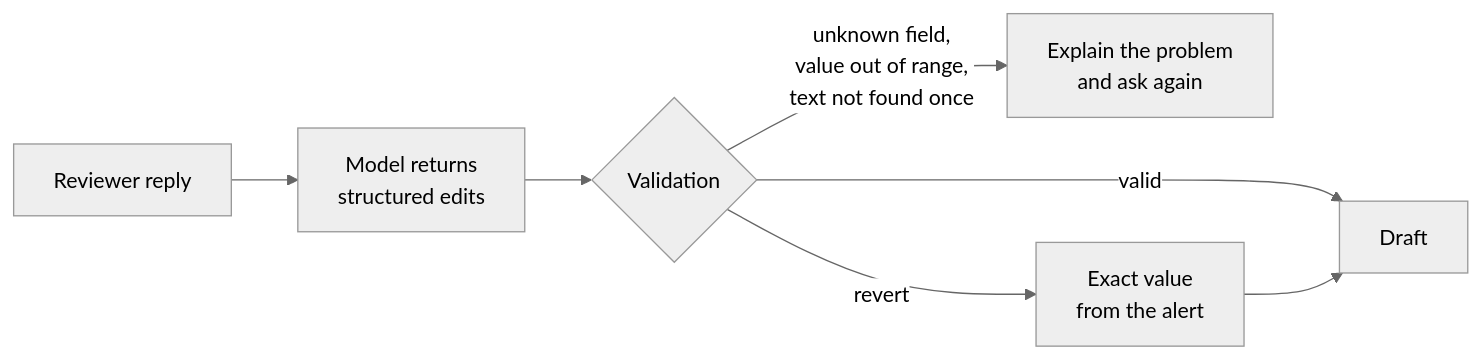
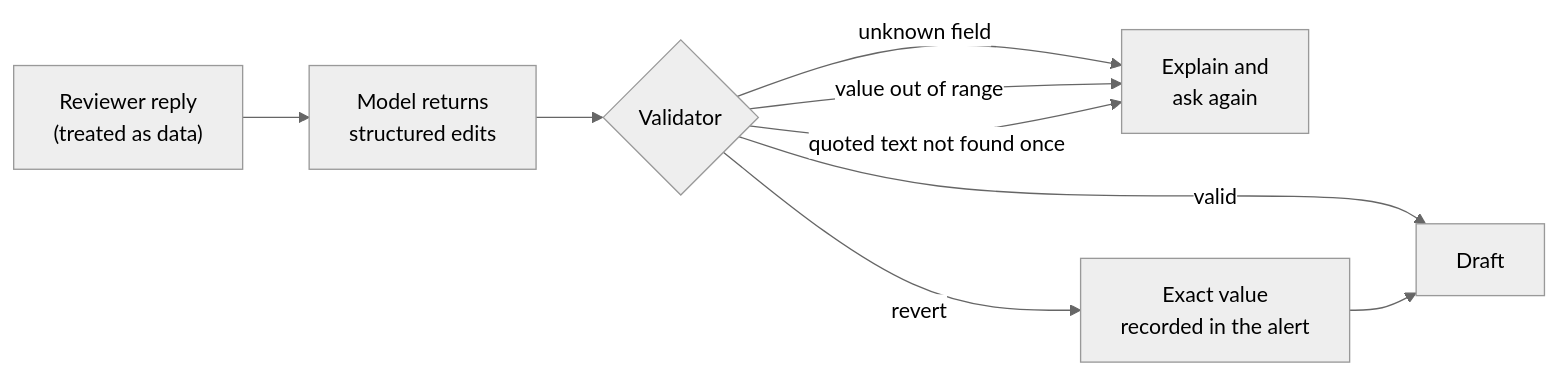
The second of 3 diagrams in README.md (Sp1deyGen/vertexAIMonitor), drawn with Mermaid (neutral theme) before and after one commit. The commit also changed other lines of this file, not shown here.

````diff
--- a/README.md
+++ b/README.md
@@ -61,9 +87,11 @@
 ```mermaid
 flowchart LR
-    R["Reviewer reply"] --> M["Model returns<br/>structured edits"]
-    M --> V{"Validation"}
-    V -- "unknown field,<br/>value out of range,<br/>text not found once" --> X["Explain the problem<br/>and ask again"]
-    V -- "revert" --> P["Exact value<br/>from the alert"]
+    R["Reviewer reply<br/>(treated as data)"] --> M["Model returns<br/>structured edits"]
+    M --> V{"Validator"}
+    V -- "unknown field" --> X["Explain and<br/>ask again"]
+    V -- "value out of range" --> X
+    V -- "quoted text not found once" --> X
+    V -- "revert" --> P["Exact value<br/>recorded in the alert"]
     V -- "valid" --> D["Draft"]
     P --> D
 ```
````
